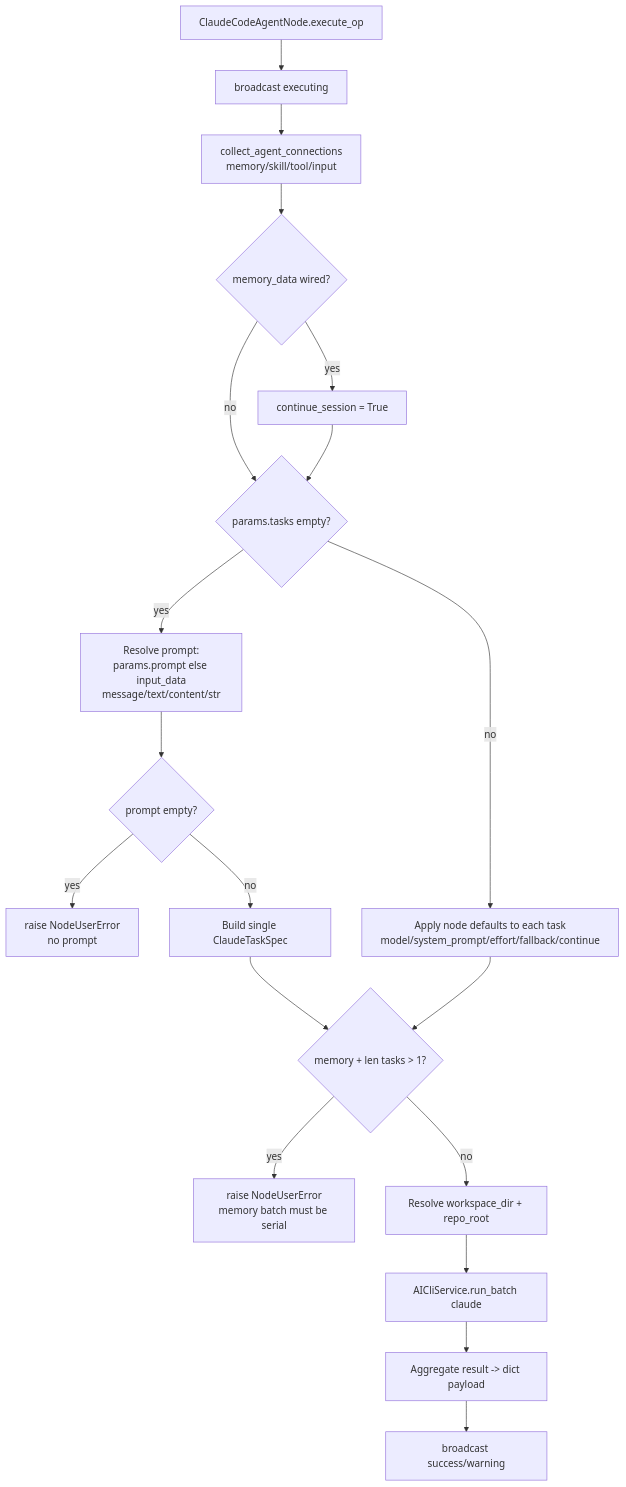
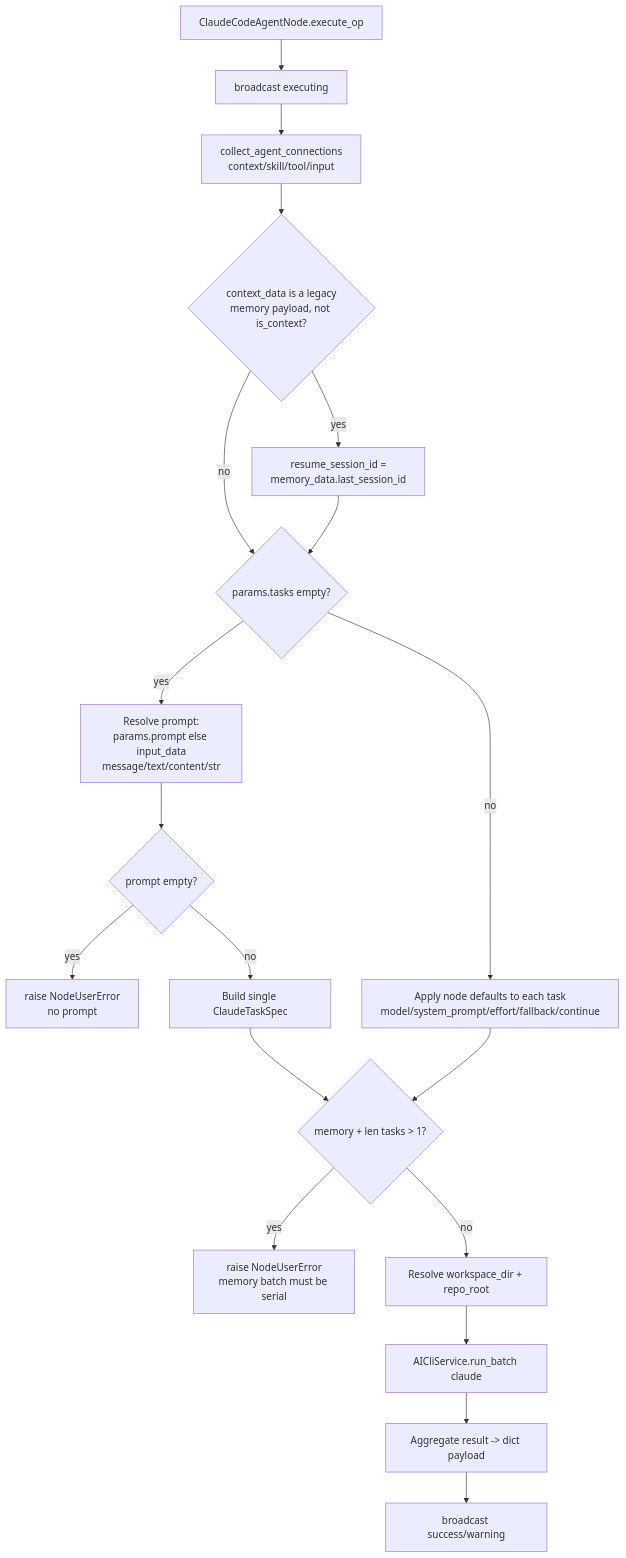
The diagram in docs-internal/node-logic-flows/specialized_agents/claude_code_agent.md (Addval-Connect/OpenCompany), drawn with Mermaid before and after one commit. The commit also changed other lines of this file and 504 other files, not shown here.

````diff
--- a/docs-internal/node-logic-flows/specialized_agents/claude_code_agent.md
+++ b/docs-internal/node-logic-flows/specialized_agents/claude_code_agent.md
@@ -88,21 +90,21 @@
 ```mermaid
 flowchart TD
   A[ClaudeCodeAgentNode.execute_op] --> B[broadcast executing]
-  B --> C[collect_agent_connections<br/>memory/skill/tool/input]
-  C --> D{memory_data wired?}
-  D -- yes --> D1[continue_session = True]
+  B --> C[collect_agent_connections<br/>context/skill/tool/input]
+  C --> D{context_data is a legacy<br/>memory payload, not is_context?}
+  D -- yes --> D1[resume_session_id =<br/>memory_data.last_session_id]
   D -- no --> E{params.tasks empty?}
   D1 --> E
   E -- yes --> F[Resolve prompt:<br/>params.prompt else input_data<br/>message/text/content/str]
   F --> G{prompt empty?}
   G -- yes --> H[raise NodeUserError<br/>no prompt]
   G -- no --> I[Build single ClaudeTaskSpec]
   E -- no --> J[Apply node defaults to each task<br/>model/system_prompt/effort/fallback/continue]
   I --> K{memory + len tasks > 1?}
   J --> K
   K -- yes --> L[raise NodeUserError<br/>memory batch must be serial]
   K -- no --> M[Resolve workspace_dir + repo_root]
   M --> N[AICliService.run_batch claude]
   N --> O[Aggregate result -> dict payload]
   O --> P[broadcast success/warning]
 ```
````
